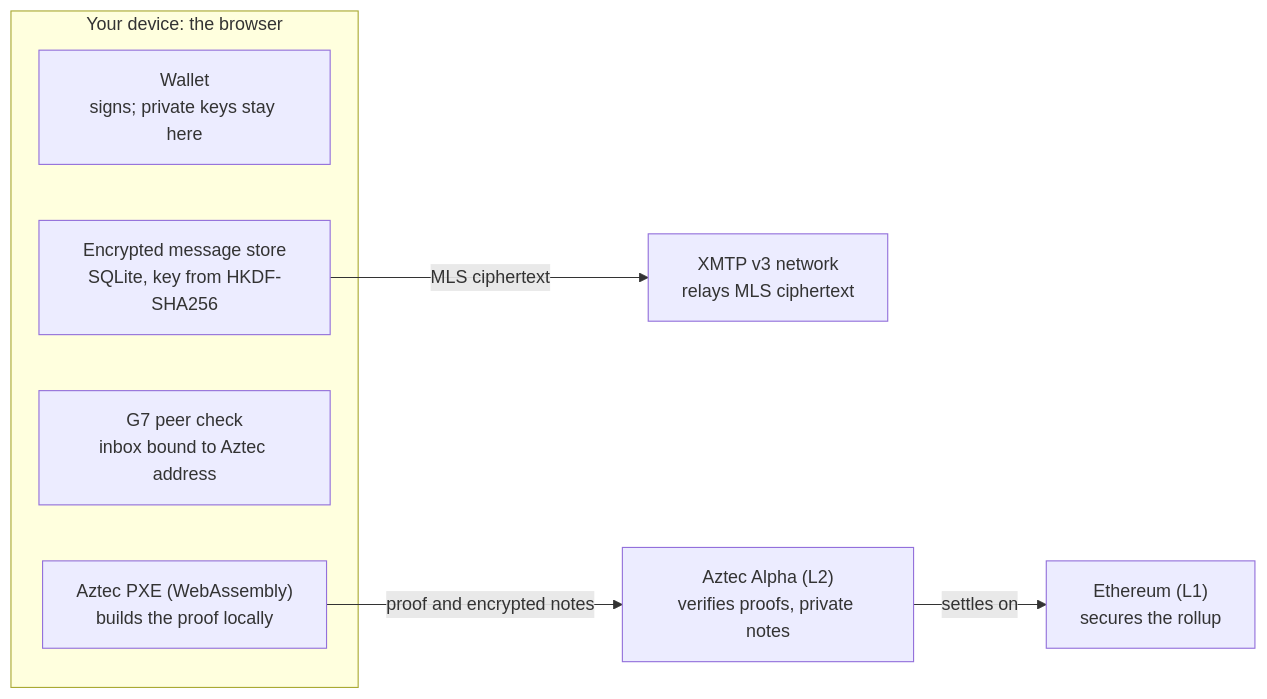
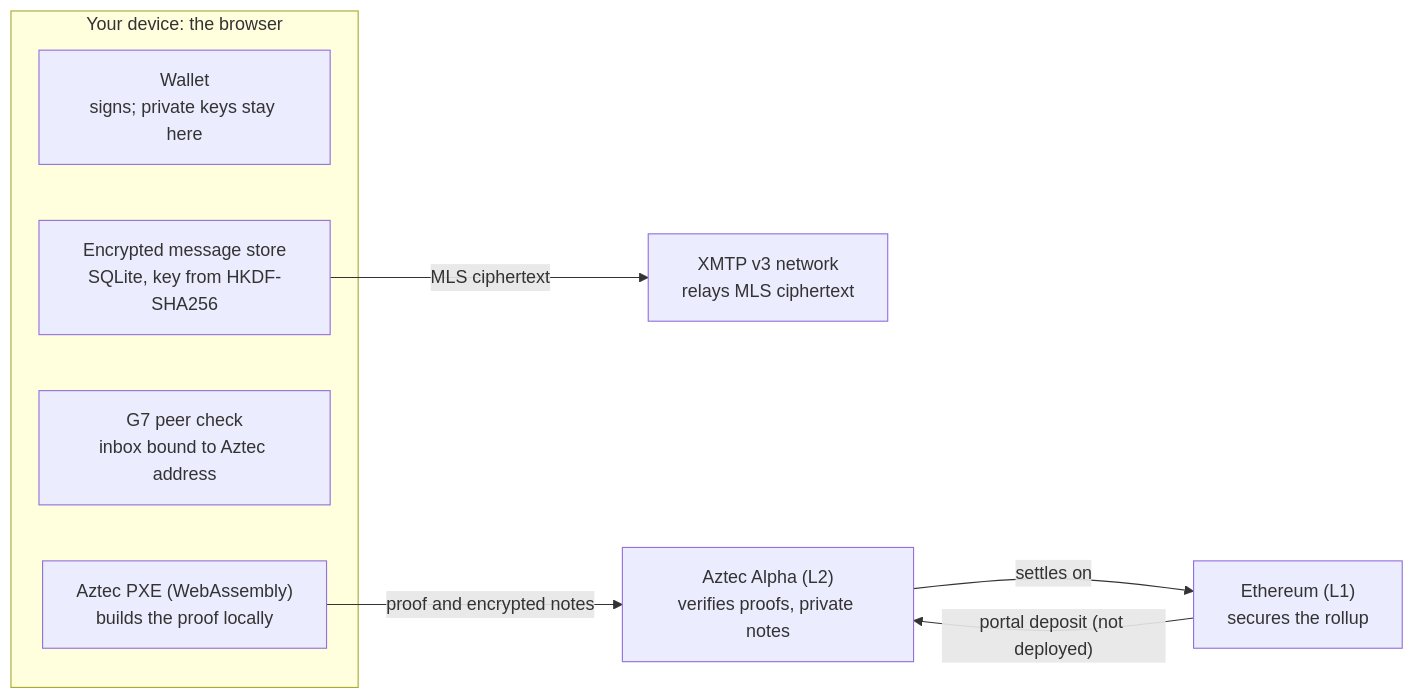
Before and after one commit to humanityledger/Humanity-Ledger: the first of 5 diagrams in README.md, drawn with Mermaid. The commit also changed other lines of this file and 24 other files, not shown here.

````diff
--- a/README.md
+++ b/README.md
@@ -71,15 +77,16 @@
 ```mermaid
 flowchart LR
   subgraph Device["Your device: the browser"]
     W["Wallet<br/>signs; private keys stay here"]
     S["Encrypted message store<br/>SQLite, key from HKDF-SHA256"]
     G["G7 peer check<br/>inbox bound to Aztec address"]
     P["Aztec PXE (WebAssembly)<br/>builds the proof locally"]
   end
   X["XMTP v3 network<br/>relays MLS ciphertext"]
   A["Aztec Alpha (L2)<br/>verifies proofs, private notes"]
   E["Ethereum (L1)<br/>secures the rollup"]
   S -- "MLS ciphertext" --> X
   P -- "proof and encrypted notes" --> A
   A -- "settles on" --> E
+  E -- "portal deposit (not deployed)" --> A
 ```
````
